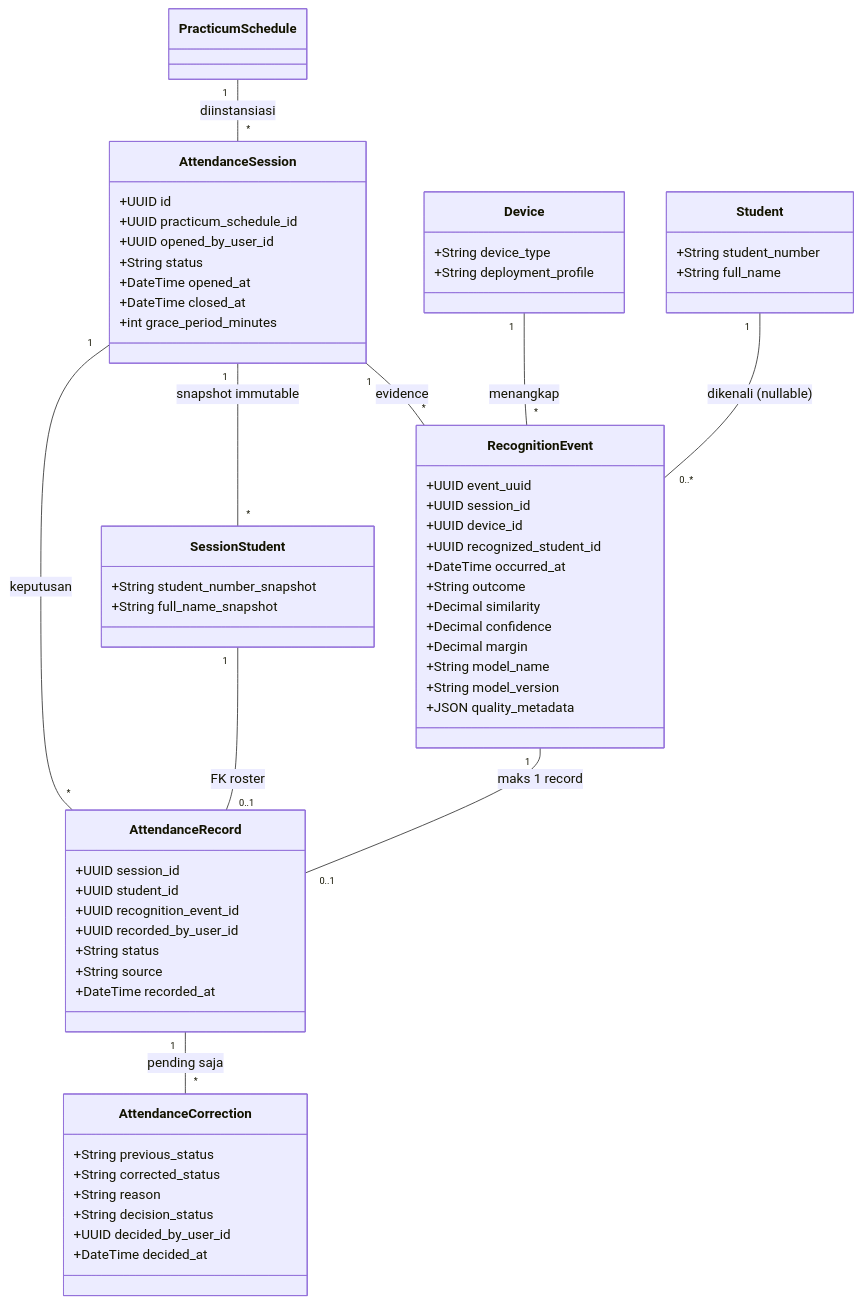
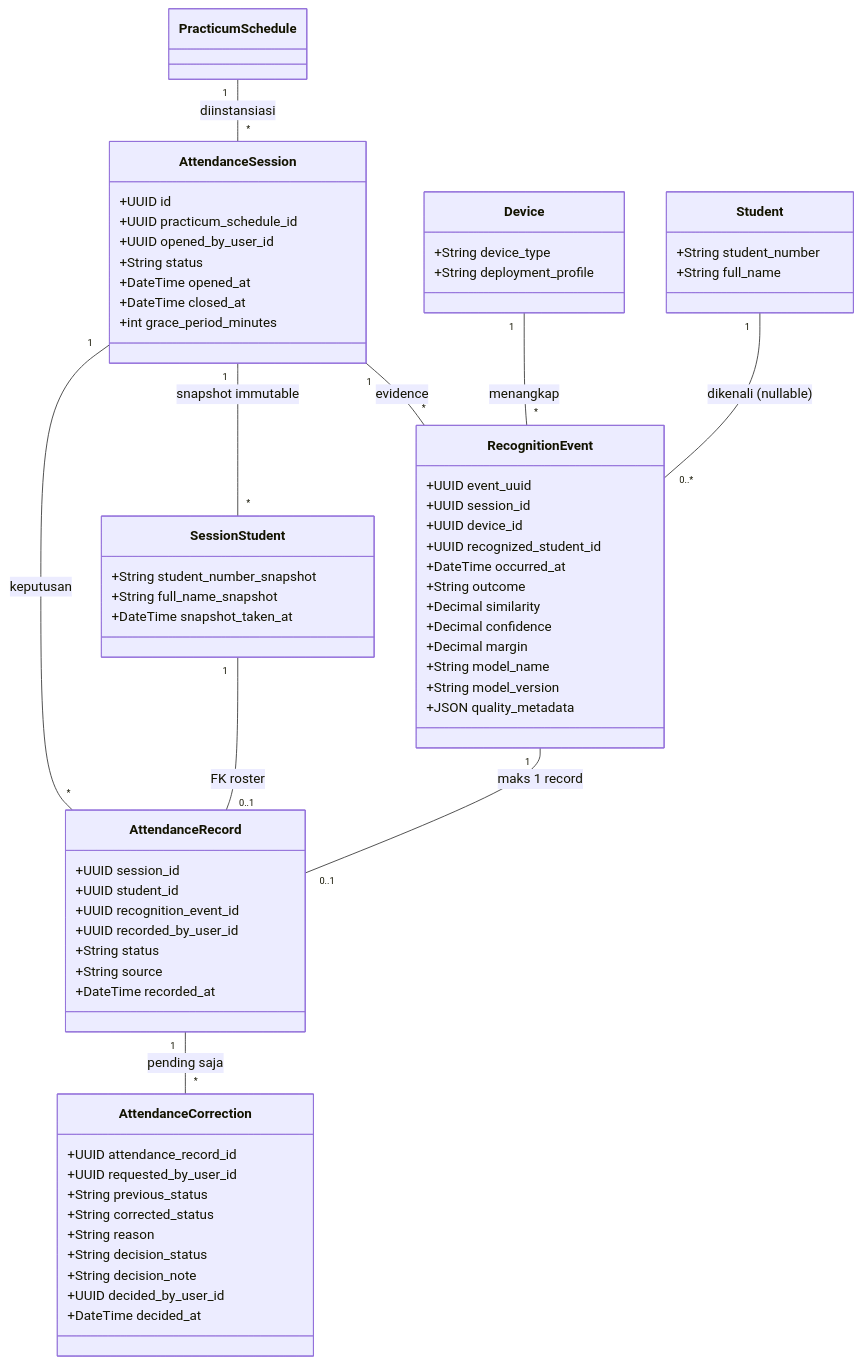
The fourth of 6 diagrams in docs/proposal/07-data-dan-class.md (mygads/Face-Recognition-Capstone), drawn with Mermaid before and after one commit. The commit also changed other lines of this file and 5 other files, not shown here.

````diff
--- a/docs/proposal/07-data-dan-class.md
+++ b/docs/proposal/07-data-dan-class.md
@@ -135,64 +140,68 @@
 ```mermaid
 classDiagram
   class AttendanceSession {
     +UUID id
     +UUID practicum_schedule_id
     +UUID opened_by_user_id
     +String status
     +DateTime opened_at
     +DateTime closed_at
     +int grace_period_minutes
   }
   class SessionStudent {
     +String student_number_snapshot
     +String full_name_snapshot
+    +DateTime snapshot_taken_at
   }
   class RecognitionEvent {
     +UUID event_uuid
     +UUID session_id
     +UUID device_id
     +UUID recognized_student_id
     +DateTime occurred_at
     +String outcome
     +Decimal similarity
     +Decimal confidence
     +Decimal margin
     +String model_name
     +String model_version
     +JSON quality_metadata
   }
   class AttendanceRecord {
     +UUID session_id
     +UUID student_id
     +UUID recognition_event_id
     +UUID recorded_by_user_id
     +String status
     +String source
     +DateTime recorded_at
   }
   class AttendanceCorrection {
+    +UUID attendance_record_id
+    +UUID requested_by_user_id
     +String previous_status
     +String corrected_status
     +String reason
     +String decision_status
+    +String decision_note
     +UUID decided_by_user_id
     +DateTime decided_at
   }
   class Device {
     +String device_type
     +String deployment_profile
   }
   class Student {
     +String student_number
     +String full_name
   }
   PracticumSchedule "1" -- "*" AttendanceSession : diinstansiasi
   AttendanceSession "1" -- "*" SessionStudent : snapshot immutable
   AttendanceSession "1" -- "*" RecognitionEvent : evidence
   AttendanceSession "1" -- "*" AttendanceRecord : keputusan
   Device "1" -- "*" RecognitionEvent : menangkap
   Student "1" -- "0..*" RecognitionEvent : dikenali (nullable)
   SessionStudent "1" -- "0..1" AttendanceRecord : FK roster
   RecognitionEvent "1" -- "0..1" AttendanceRecord : maks 1 record
   AttendanceRecord "1" -- "*" AttendanceCorrection : pending saja
 ```
````
